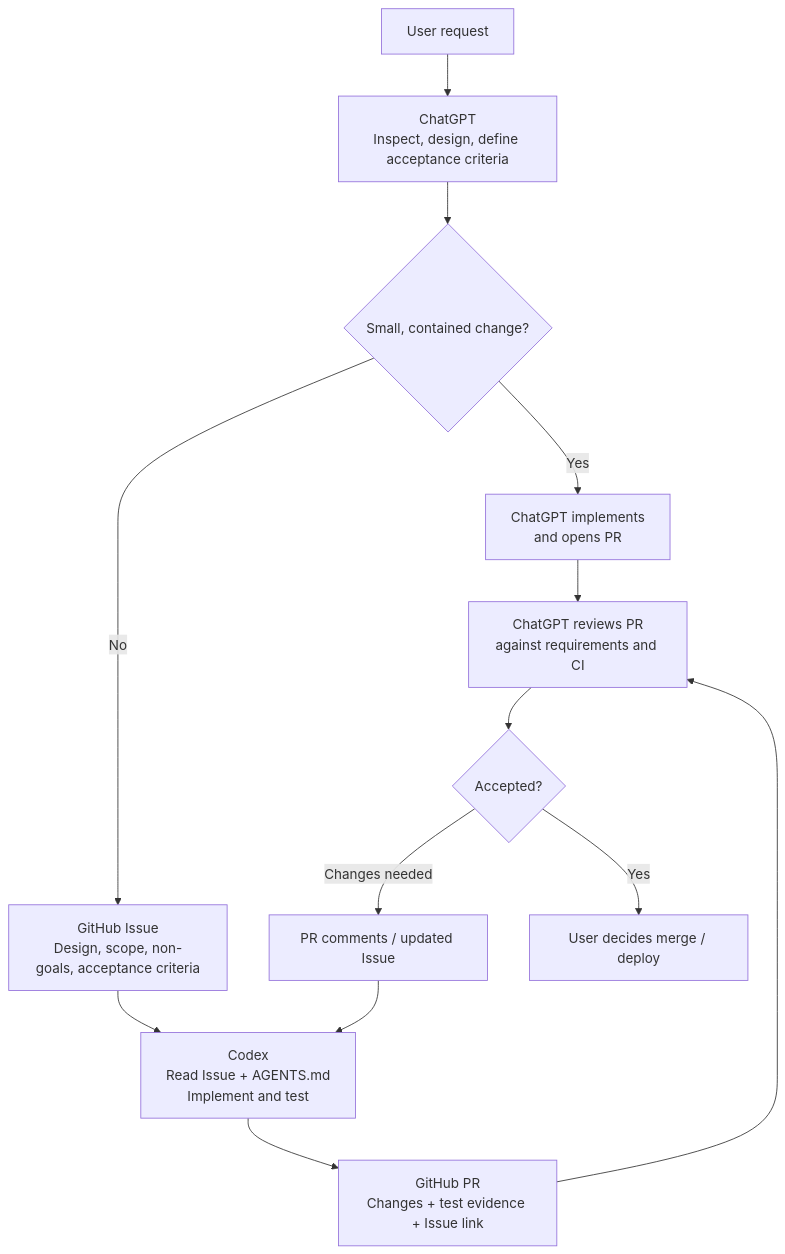
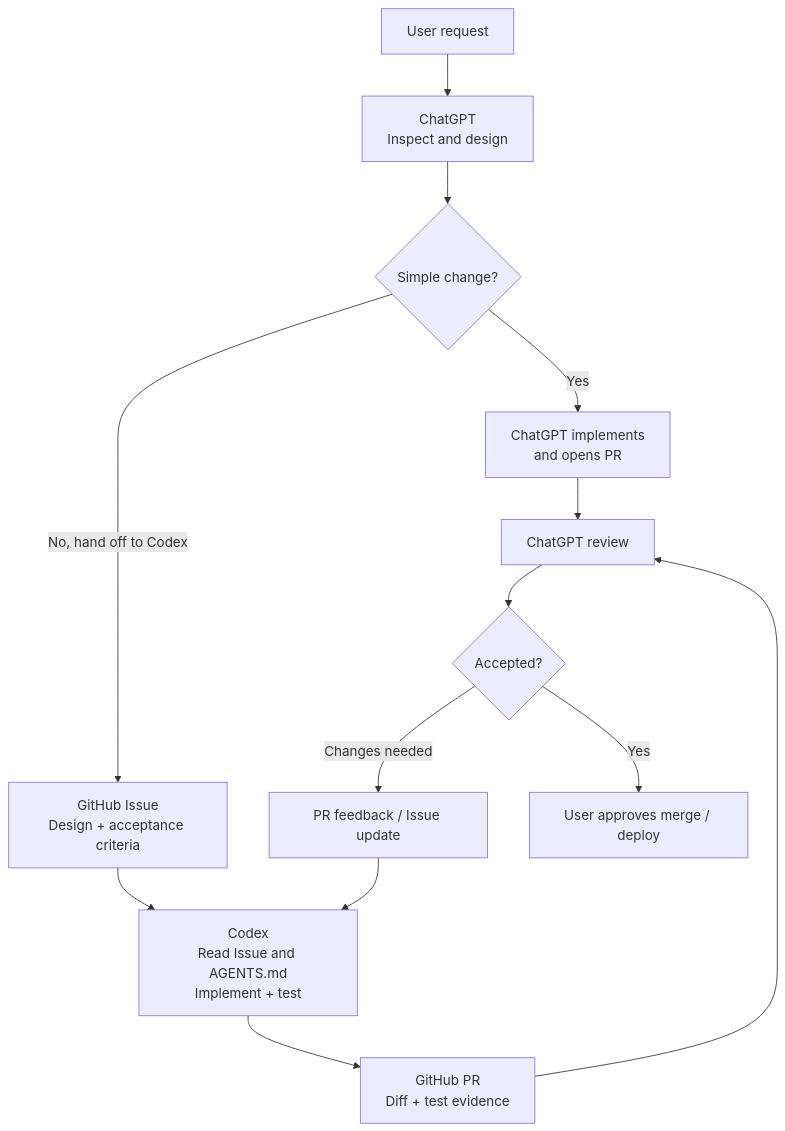
One commit to chenxian3li/ChatGPT-with-Codex-workflow changed the diagram in README.md. Above: the diagram before and after it, drawn with Mermaid. The commit also changed other lines of this file, not shown here.

Commit message:
docs: align README.md with modular ChatGPT instructions

````diff
--- a/README.md
+++ b/README.md
@@ -18,15 +18,15 @@
 ```mermaid
 flowchart TD
-    U["User request"] --> G["ChatGPT<br/>Inspect, design, define acceptance criteria"]
-    G --> Q{"Small, contained change?"}
+    U["User request"] --> G["ChatGPT<br/>Inspect and design"]
+    G --> Q{"Simple change?"}
     Q -->|"Yes"| S["ChatGPT implements<br/>and opens PR"]
-    Q -->|"No"| I["GitHub Issue<br/>Design, scope, non-goals, acceptance criteria"]
-    I --> C["Codex<br/>Read Issue + AGENTS.md<br/>Implement and test"]
-    C --> P["GitHub PR<br/>Changes + test evidence + Issue link"]
-    S --> R["ChatGPT reviews PR<br/>against requirements and CI"]
-    P --> R
+    Q -->|"No, hand off to Codex"| I["GitHub Issue<br/>Design + acceptance criteria"]
+    I --> C["Codex<br/>Read Issue and AGENTS.md<br/>Implement + test"]
+    C --> P["GitHub PR<br/>Diff + test evidence"]
+    P --> R["ChatGPT review"]
+    S --> R
     R --> D{"Accepted?"}
-    D -->|"Changes needed"| F["PR comments / updated Issue"]
+    D -->|"Changes needed"| F["PR feedback / Issue update"]
     F --> C
-    D -->|"Yes"| M["User decides merge / deploy"]
+    D -->|"Yes"| M["User approves merge / deploy"]
 ```
````
